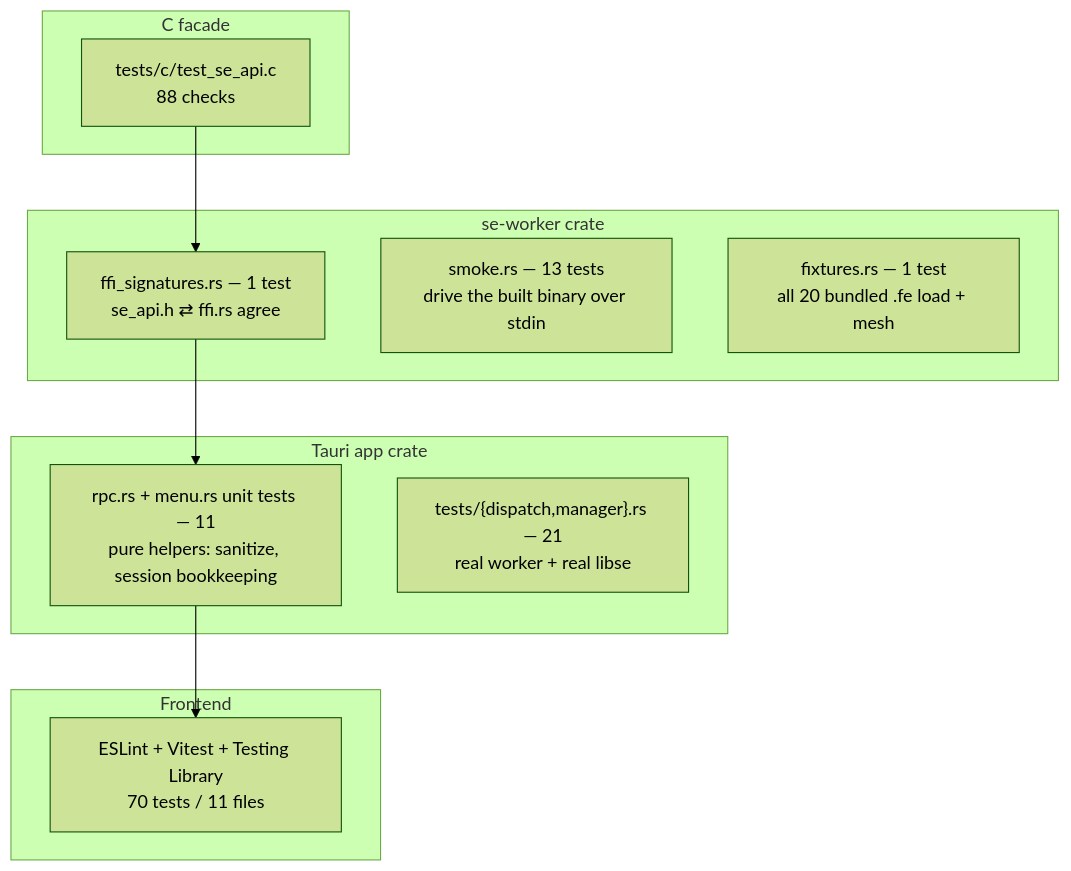
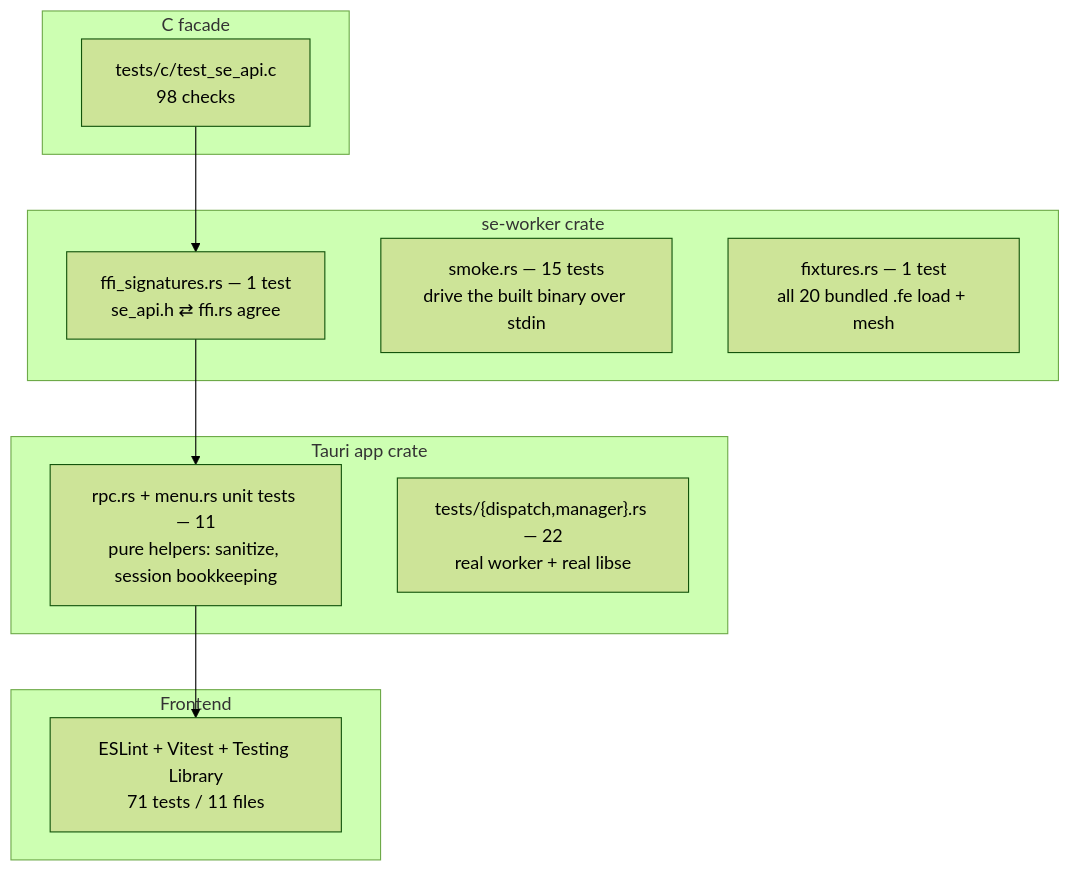
The fifth of 6 diagrams in ARCHITECTURE.md (sersergious/surface-evolver), drawn with Mermaid (forest theme) before and after one commit. The commit also changed other lines of this file and 17 other files, not shown here.

````diff
--- a/ARCHITECTURE.md
+++ b/ARCHITECTURE.md
@@ -269,19 +269,19 @@
 ```mermaid
 flowchart TB
     subgraph C["C facade"]
-        CT["tests/c/test_se_api.c<br/>88 checks"]
+        CT["tests/c/test_se_api.c<br/>98 checks"]
     end
     subgraph Worker["se-worker crate"]
         WF["ffi_signatures.rs — 1 test<br/>se_api.h ⇄ ffi.rs agree"]
-        WS["smoke.rs — 13 tests<br/>drive the built binary over stdin"]
+        WS["smoke.rs — 15 tests<br/>drive the built binary over stdin"]
         WX["fixtures.rs — 1 test<br/>all 20 bundled .fe load + mesh"]
     end
     subgraph App["Tauri app crate"]
         AU["rpc.rs + menu.rs unit tests — 11<br/>pure helpers: sanitize, session bookkeeping"]
-        AI["tests/{dispatch,manager}.rs — 21<br/>real worker + real libse"]
+        AI["tests/{dispatch,manager}.rs — 22<br/>real worker + real libse"]
     end
     subgraph FE["Frontend"]
-        FT["ESLint + Vitest + Testing Library<br/>70 tests / 11 files"]
+        FT["ESLint + Vitest + Testing Library<br/>71 tests / 11 files"]
     end
     CT --> WF --> AU --> FT
 ```
````
